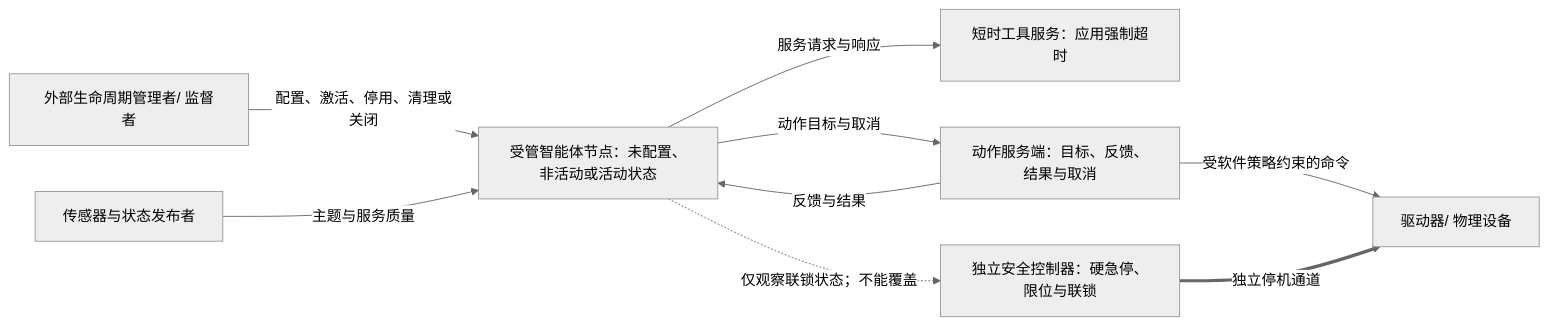
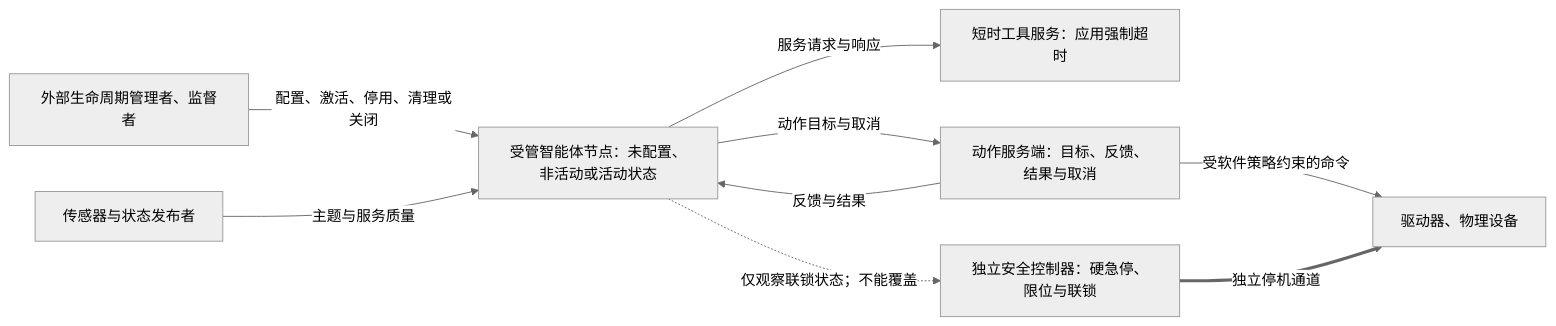
One commit to sealday/tego-arch changed the diagram in content/cases/ros2-dds-agent-lifecycle.mdx. Above: the diagram before and after it, drawn with Mermaid (neutral theme). The commit also changed other lines of this file and 33 other files, not shown here.

````diff
--- a/content/cases/ros2-dds-agent-lifecycle.mdx
+++ b/content/cases/ros2-dds-agent-lifecycle.mdx
@@ -121,22 +121,22 @@
 ```mermaid
 flowchart LR
   accTitle: 物理智能体的通信、生命周期与独立安全边界
   accDescr: 外部生命周期管理器配置并激活智能体；主题承载持续数据，服务承载短请求，动作承载长任务及协作取消；硬急停和安全控制器可绕过智能体直接使驱动器进入安全状态。
 
-  Supervisor["外部生命周期管理者/ 监督者"]
+  Supervisor["外部生命周期管理者、监督者"]
   Agent["受管智能体节点：未配置、非活动或活动状态"]
   Perception["传感器与状态发布者"]
   Tools["短时工具服务：应用强制超时"]
   TaskServer["动作服务端：目标、反馈、结果与取消"]
   Safety["独立安全控制器：硬急停、限位与联锁"]
-  Driver["驱动器/ 物理设备"]
+  Driver["驱动器、物理设备"]
 
   Supervisor -->|"配置、激活、停用、清理或关闭"| Agent
   Perception -->|"主题与服务质量"| Agent
   Agent -->|"服务请求与响应"| Tools
   Agent -->|"动作目标与取消"| TaskServer
   TaskServer -->|"反馈与结果"| Agent
   TaskServer -->|"受软件策略约束的命令"| Driver
   Safety ==>|"独立停机通道"| Driver
   Agent -.->|"仅观察联锁状态；不能覆盖"| Safety
 ```
````
